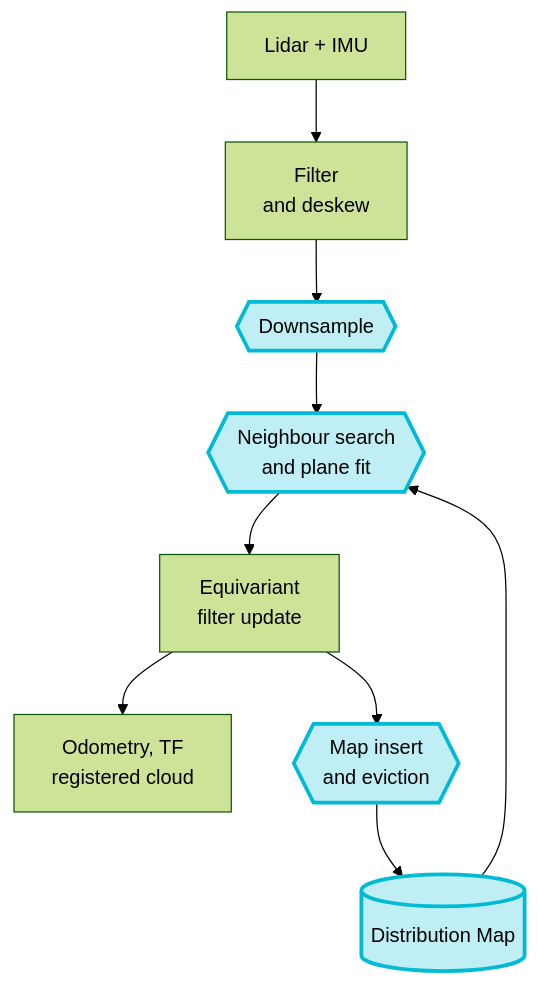
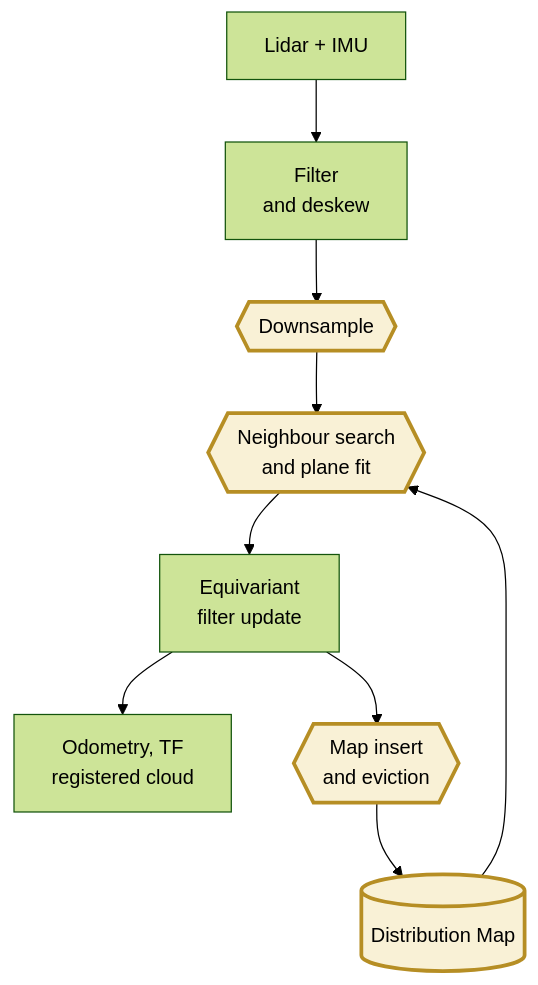
One commit to uos/pelorus changed the diagram in docs/docs/index.md. Above: the diagram before and after it, drawn with Mermaid (forest theme). The commit also changed other lines of this file and 68 other files, not shown here.

````diff
--- a/docs/docs/index.md
+++ b/docs/docs/index.md
@@ -71,13 +106,13 @@
 ```mermaid
 flowchart TB
     IN["Lidar + IMU"] --> PRE["Filter<br/>and deskew"]
     PRE --> DS{{"Downsample"}}
     DS --> NN{{"Neighbour search<br/>and plane fit"}}
     NN --> EQF["Equivariant<br/>filter update"]
     EQF --> OUT["Odometry, TF<br/>registered cloud"]
     EQF --> INS{{"Map insert<br/>and eviction"}}
     INS --> MAP[("Distribution Map")]
     MAP --> NN
-    classDef gpu fill:#00bad640,stroke:#00bad6,stroke-width:3px
+    classDef gpu fill:#e5c65c40,stroke:#b68e24,stroke-width:3px
     class DS,NN,INS,MAP gpu
 ```
````
